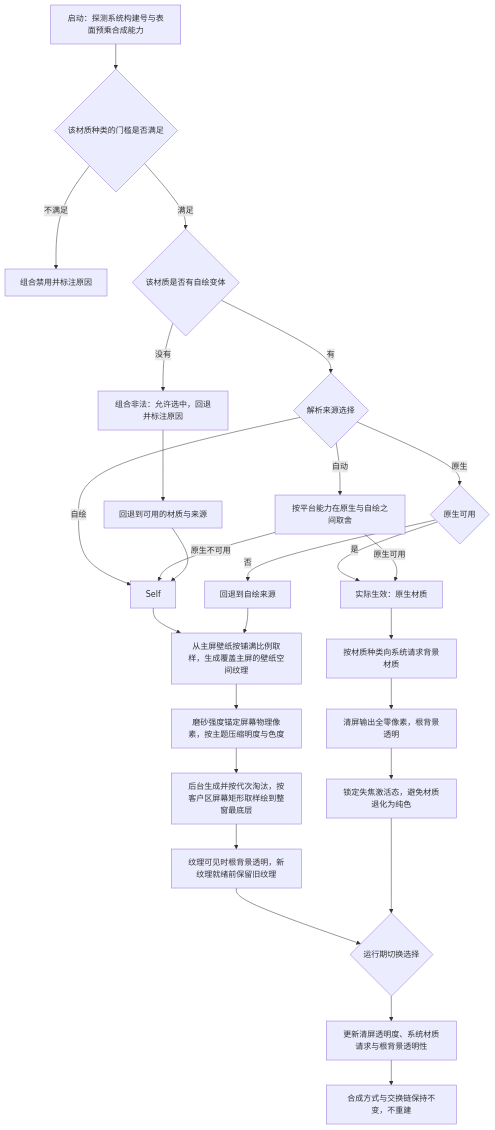
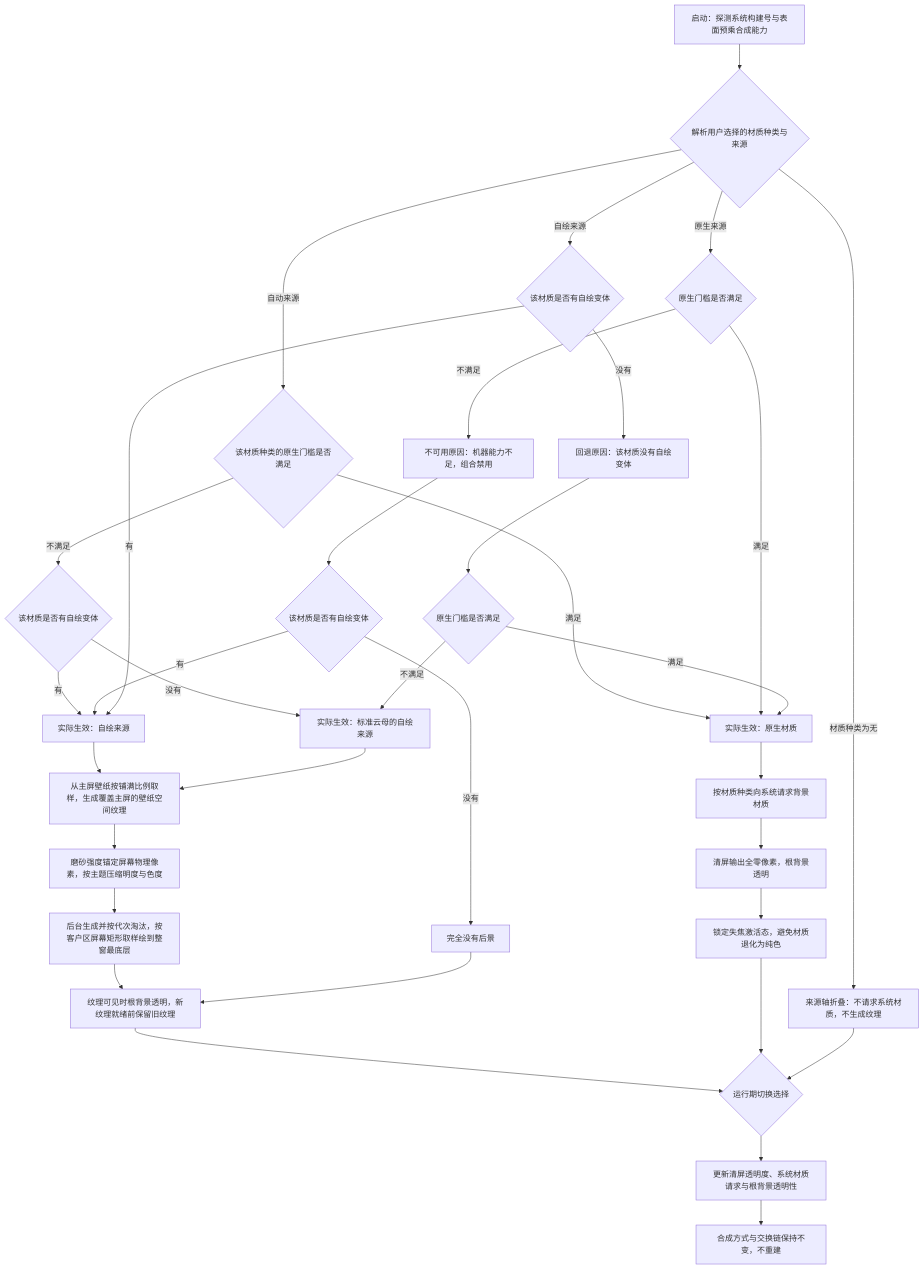
Before and after one commit to pengjiaxusz/unbound-ui: the second of 2 diagrams in docs/architecture/03-扩展系统（subsystems）/平台与窗口集成（platform-integration）.md, drawn with Mermaid. The commit also changed other lines of this file and 8 other files, not shown here.

````diff
--- a/docs/architecture/03-扩展系统（subsystems）/平台与窗口集成（platform-integration）.md
+++ b/docs/architecture/03-扩展系统（subsystems）/平台与窗口集成（platform-integration）.md
@@ -41,33 +42,43 @@
 ```mermaid
 flowchart TB
-    Start["启动：探测系统构建号与表面预乘合成能力"] --> Gate{"该材质种类的门槛是否满足"}
-    Gate -- "不满足" --> Disabled["组合禁用并标注原因"]
-    Gate -- "满足" --> Variant{"该材质是否有自绘变体"}
-    Variant -- "没有" --> Illegal["组合非法：允许选中，回退并标注原因"]
-    Variant -- "有" --> Choose{"解析来源选择"}
-    Choose -- "自动" --> Pick["按平台能力在原生与自绘之间取舍"]
-    Choose -- "原生" --> NativeOk{"原生可用"}
-    Choose -- "自绘" --> Self
-    NativeOk -- "是" --> Native["实际生效：原生材质"]
-    NativeOk -- "否" --> Back["回退到自绘来源"]
-    Pick -- "原生可用" --> Native
-    Pick -- "原生不可用" --> Self
-    Illegal --> BackKind["回退到可用的材质与来源"]
+    Start["启动：探测系统构建号与表面预乘合成能力"] --> Choose{"解析用户选择的材质种类与来源"}
+    Choose -- "材质种类为无" --> Off["来源轴折叠：不请求系统材质，不生成纹理"]
+
+    Choose -- "自动来源" --> AutoGate{"该材质种类的原生门槛是否满足"}
+    AutoGate -- "满足" --> Native["实际生效：原生材质"]
+    AutoGate -- "不满足" --> AutoVariant{"该材质是否有自绘变体"}
+    AutoVariant -- "有" --> Self["实际生效：自绘来源"]
+    AutoVariant -- "没有" --> MicaSelf["实际生效：标准云母的自绘来源"]
+
+    Choose -- "原生来源" --> NativeGate{"原生门槛是否满足"}
+    NativeGate -- "满足" --> Native
+    NativeGate -- "不满足" --> Unavailable["不可用原因：机器能力不足，组合禁用"]
+    Unavailable --> NativeVariant{"该材质是否有自绘变体"}
+    NativeVariant -- "有" --> Self
+    NativeVariant -- "没有" --> NoBackdrop["完全没有后景"]
+
+    Choose -- "自绘来源" --> SelfVariant{"该材质是否有自绘变体"}
+    SelfVariant -- "有" --> Self
+    SelfVariant -- "没有" --> Fallback["回退原因：该材质没有自绘变体"]
+    Fallback --> FallbackGate{"原生门槛是否满足"}
+    FallbackGate -- "满足" --> Native
+    FallbackGate -- "不满足" --> MicaSelf
 
     Native --> N1["按材质种类向系统请求背景材质"]
     N1 --> N2["清屏输出全零像素，根背景透明"]
     N2 --> N3["锁定失焦激活态，避免材质退化为纯色"]
 
     Self --> S1["从主屏壁纸按铺满比例取样，生成覆盖主屏的壁纸空间纹理"]
     S1 --> S2["磨砂强度锚定屏幕物理像素，按主题压缩明度与色度"]
     S2 --> S3["后台生成并按代次淘汰，按客户区屏幕矩形取样绘到整窗最底层"]
     S3 --> S4["纹理可见时根背景透明，新纹理就绪前保留旧纹理"]
 
-    Back --> S1
-    BackKind --> Self
+    MicaSelf --> S1
+    NoBackdrop --> S4
 
     S4 --> Switch{"运行期切换选择"}
     N3 --> Switch
+    Off --> Switch
     Switch --> Apply["更新清屏透明度、系统材质请求与根背景透明性"]
     Apply --> Keep["合成方式与交换链保持不变，不重建"]
 ```
````
